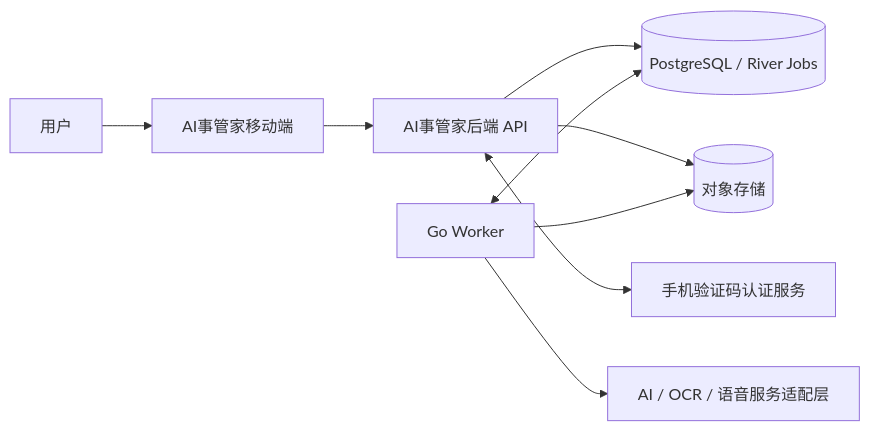
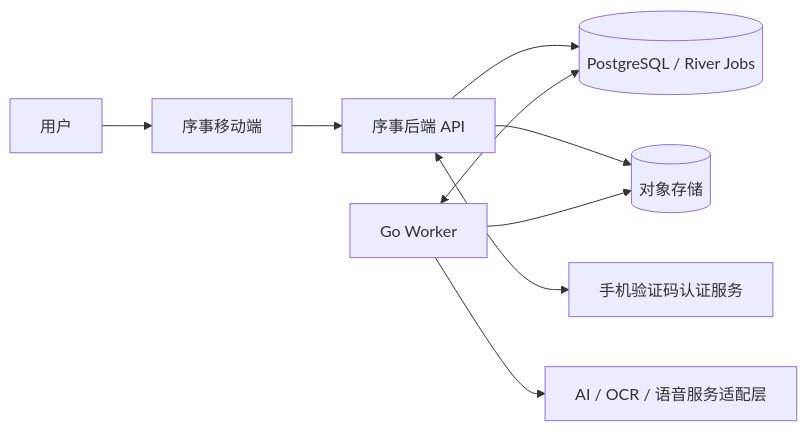
One commit to xiaoguo123456/steward changed the first of 7 diagrams in docs/整体架构设计.md. Above: the diagram before and after it, drawn with Mermaid. The commit also changed 586 other files, not shown here.

````diff
--- a/docs/整体架构设计.md
+++ b/docs/整体架构设计.md
@@ -76,11 +76,11 @@
 ```mermaid
 flowchart LR
-    U["用户"] --> APP["AI事管家移动端"]
-    APP --> API["AI事管家后端 API"]
+    U["用户"] --> APP["序事移动端"]
+    APP --> API["序事后端 API"]
     API --> DB[("PostgreSQL / River Jobs")]
     API --> OS[("对象存储")]
     W["Go Worker"] <--> DB
     W --> OS
     W --> AI["AI / OCR / 语音服务适配层"]
     API <--> AUTH["手机验证码认证服务"]
 ```
````
